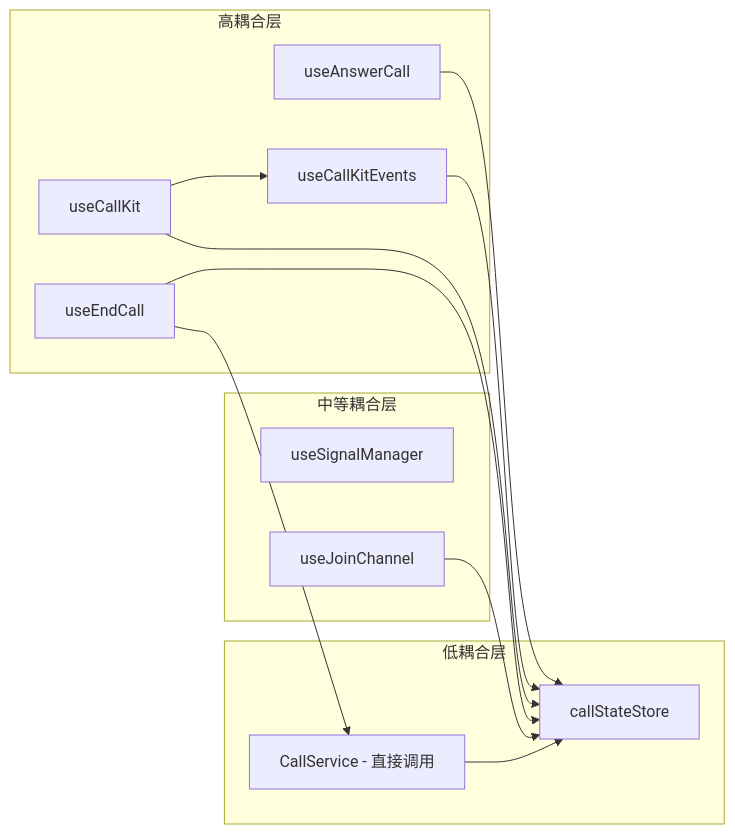
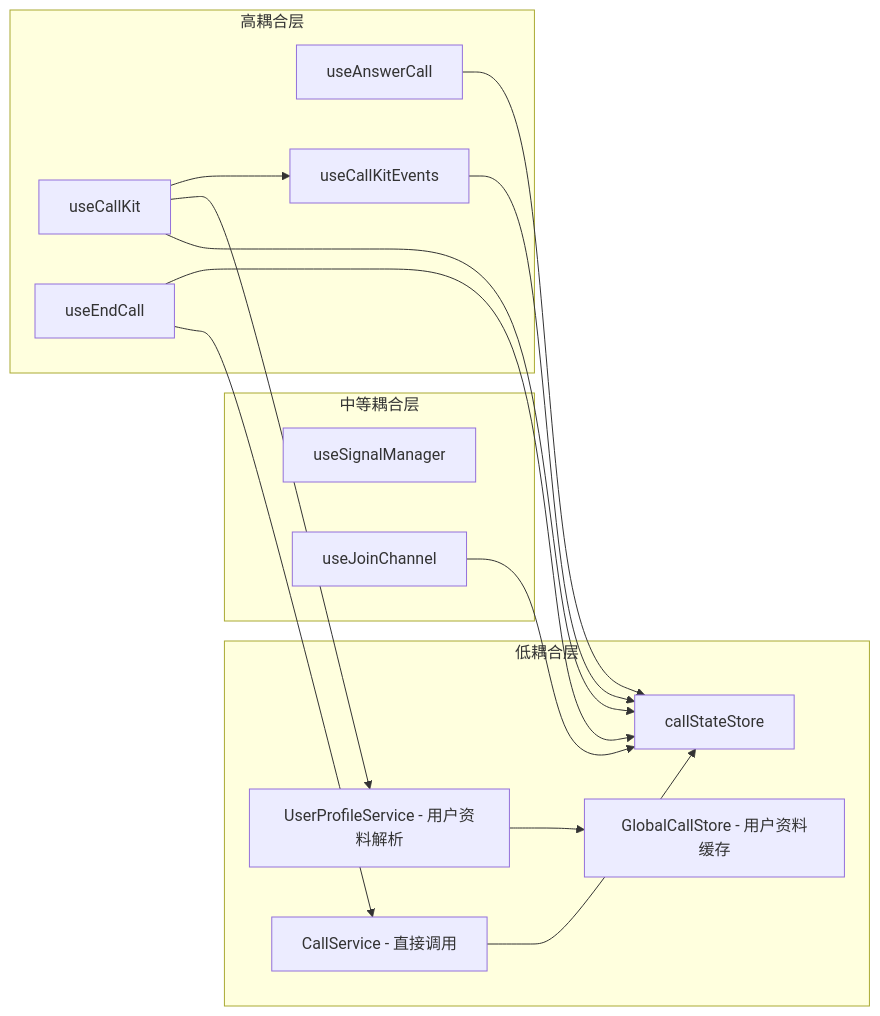
Before and after one commit to Easemob-Community/easemob-uikit-callkit-vue3: the tenth of 11 diagrams in .qoder/repowiki/zh/content/组合式 API/通话控制 API.md, drawn with Mermaid. The commit also changed other lines of this file and 58 other files, not shown here.

````diff
--- a/.qoder/repowiki/zh/content/组合式 API/通话控制 API.md
+++ b/.qoder/repowiki/zh/content/组合式 API/通话控制 API.md
@@ -572,25 +747,29 @@
 ```mermaid
 graph LR
 subgraph "低耦合层"
 CSS[callStateStore]
 CS[CallService - 直接调用]
+GCS[GlobalCallStore - 用户资料缓存]
+UPS[UserProfileService - 用户资料解析]
 end
 subgraph "中等耦合层"
 SM[useSignalManager]
 JS[useJoinChannel]
 end
 subgraph "高耦合层"
 CK[useCallKit]
 EC[useEndCall]
 AC[useAnswerCall]
 CE[useCallKitEvents]
 end
 CK --> CSS
+CK --> UPS
 CK --> CE
 EC --> CS
 EC --> CSS
 AC --> CSS
 JS --> CSS
 CE --> CSS
 CS --> CSS
+UPS --> GCS
 ```
````
